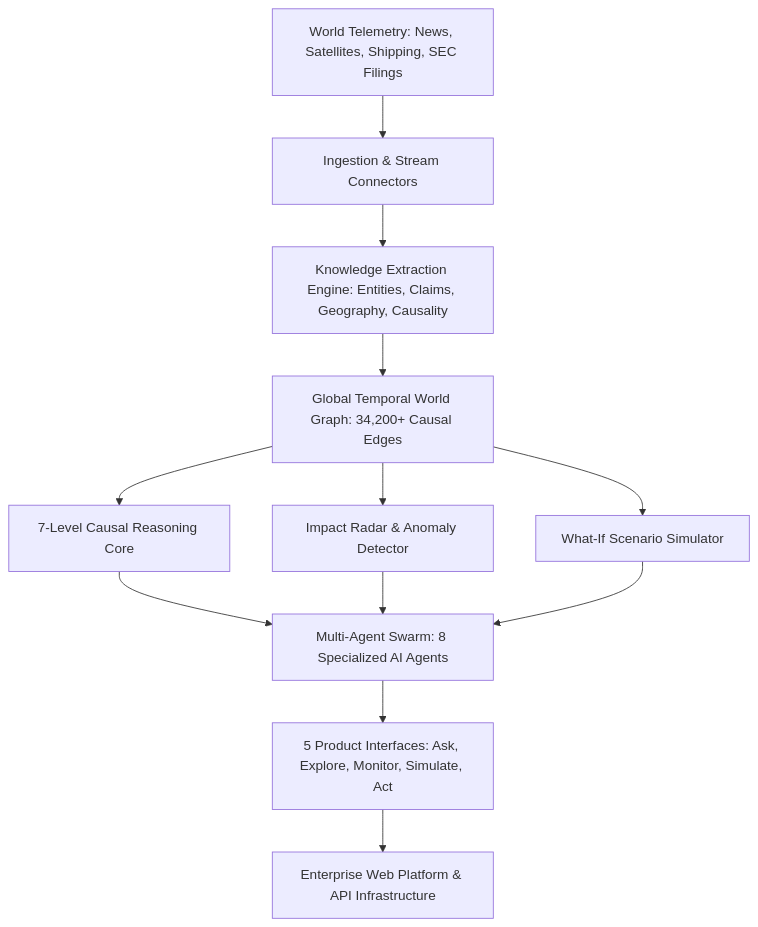
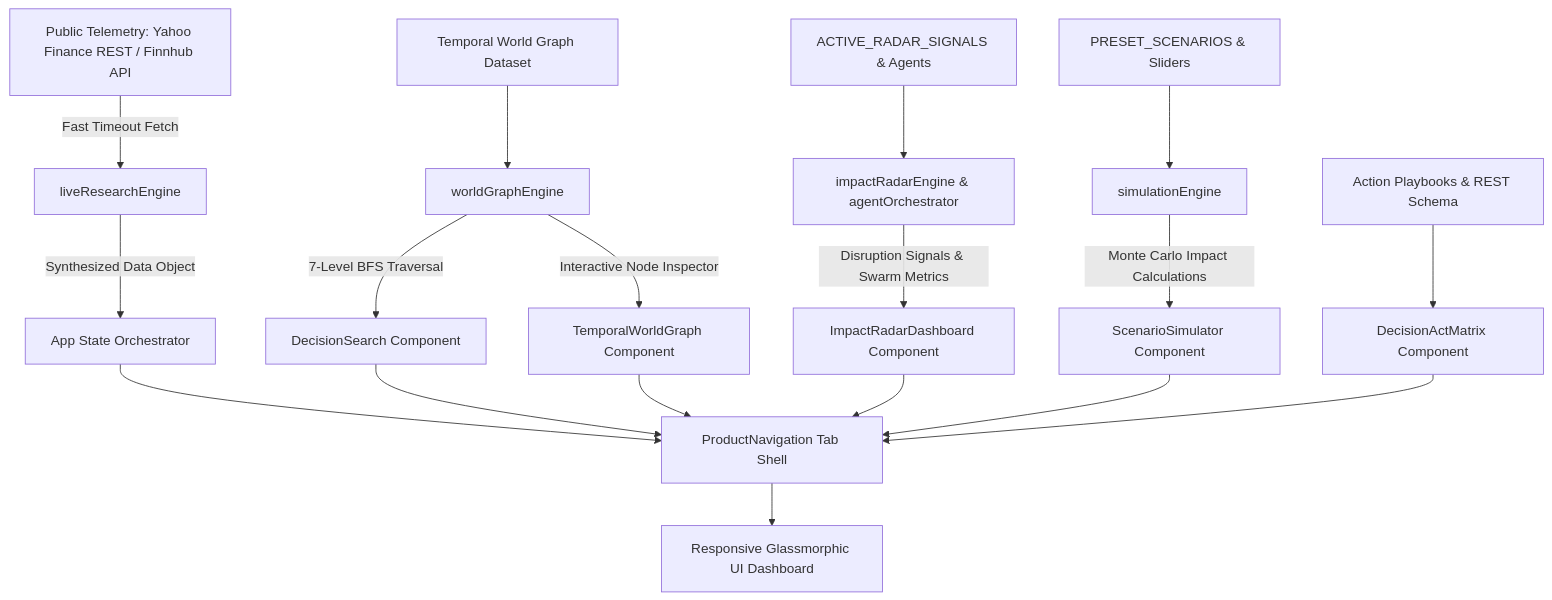
One commit to gnshx/vibe-trading changed the diagram in README.md. Above: the diagram before and after it, drawn with Mermaid. The commit also changed other lines of this file, not shown here.

Commit message:
docs: update README with zero-drama exact technical feature inventory & architecture specs

````diff
--- a/README.md
+++ b/README.md
@@ -63,14 +189,20 @@
 ```mermaid
 flowchart TD
-    A[World Telemetry: News, Satellites, Shipping, SEC Filings] --> B[Ingestion & Stream Connectors]
-    B --> C[Knowledge Extraction Engine: Entities, Claims, Geography, Causality]
-    C --> D[Global Temporal World Graph: 34,200+ Causal Edges]
+    A[Public Telemetry: Yahoo Finance REST / Finnhub API] -->|Fast Timeout Fetch| B[liveResearchEngine]
+    B -->|Synthesized Data Object| C[App State Orchestrator]
     
-    D --> E1[7-Level Causal Reasoning Core]
-    D --> E2[Impact Radar & Anomaly Detector]
-    D --> E3[What-If Scenario Simulator]
+    D[Temporal World Graph Dataset] --> E[worldGraphEngine]
+    E -->|7-Level BFS Traversal| F[DecisionSearch Component]
+    E -->|Interactive Node Inspector| G[TemporalWorldGraph Component]
     
-    E1 & E2 & E3 --> F[Multi-Agent Swarm: 8 Specialized AI Agents]
-    F --> G[5 Product Interfaces: Ask, Explore, Monitor, Simulate, Act]
-    G --> H[Enterprise Web Platform & API Infrastructure]
+    H[ACTIVE_RADAR_SIGNALS & Agents] --> I[impactRadarEngine & agentOrchestrator]
+    I -->|Disruption Signals & Swarm Metrics| J[ImpactRadarDashboard Component]
+    
+    K[PRESET_SCENARIOS & Sliders] --> L[simulationEngine]
+    L -->|Monte Carlo Impact Calculations| M[ScenarioSimulator Component]
+    
+    N[Action Playbooks & REST Schema] --> O[DecisionActMatrix Component]
+    
+    C & F & G & J & M & O --> P[ProductNavigation Tab Shell]
+    P --> Q[Responsive Glassmorphic UI Dashboard]
 ```
````
